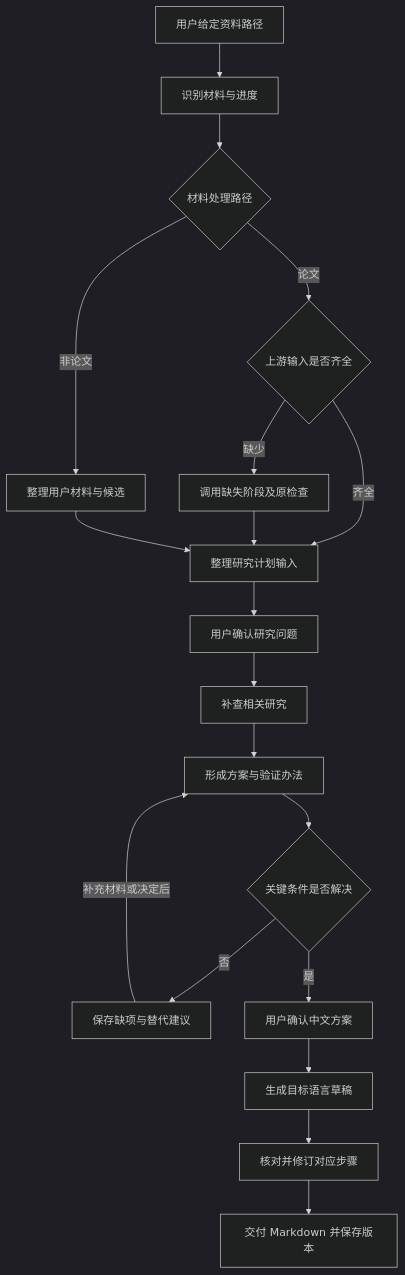
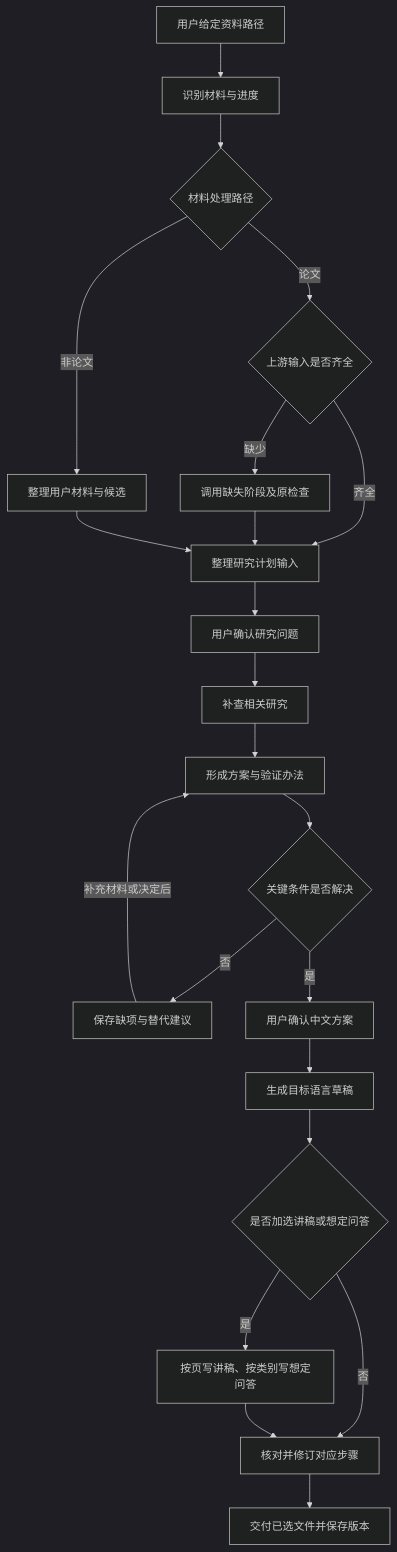
The diagram in plan/implementation-plan.md (ScholarWorkflow/research-proposal), drawn with Mermaid (dark theme) before and after one commit. The commit also changed other lines of this file and 5 other files, not shown here.

````diff
--- a/plan/implementation-plan.md
+++ b/plan/implementation-plan.md
@@ -92,21 +95,24 @@
 ```mermaid
 flowchart TD
     A[用户给定资料路径] --> B[识别材料与进度]
     B --> C{材料处理路径}
     C -->|论文| D{上游输入是否齐全}
     D -->|齐全| G[整理研究计划输入]
     D -->|缺少| E[调用缺失阶段及原检查]
     E --> G
     C -->|非论文| F[整理用户材料与候选]
     F --> G
     G --> H[用户确认研究问题]
     H --> I[补查相关研究]
     I --> J[形成方案与验证办法]
     J --> K{关键条件是否解决}
     K -->|否| P[保存缺项与替代建议]
     P -->|补充材料或决定后| J
     K -->|是| L[用户确认中文方案]
     L --> M[生成目标语言草稿]
-    M --> N[核对并修订对应步骤]
-    N --> O[交付 Markdown 并保存版本]
+    M --> S{是否加选讲稿或想定问答}
+    S -->|是| T[按页写讲稿、按类别写想定问答]
+    S -->|否| N[核对并修订对应步骤]
+    T --> N
+    N --> O[交付已选文件并保存版本]
 ```
````
